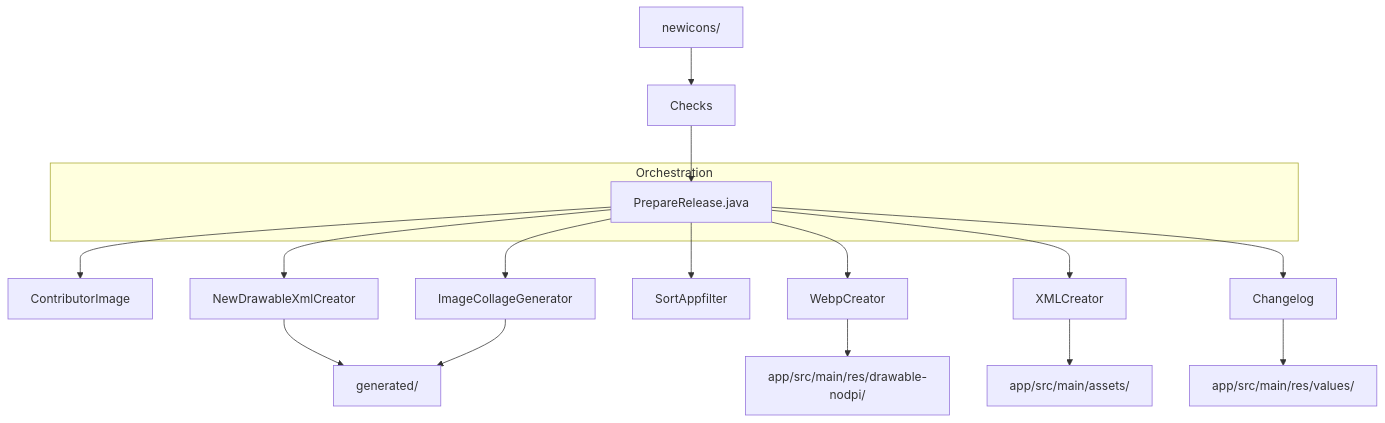
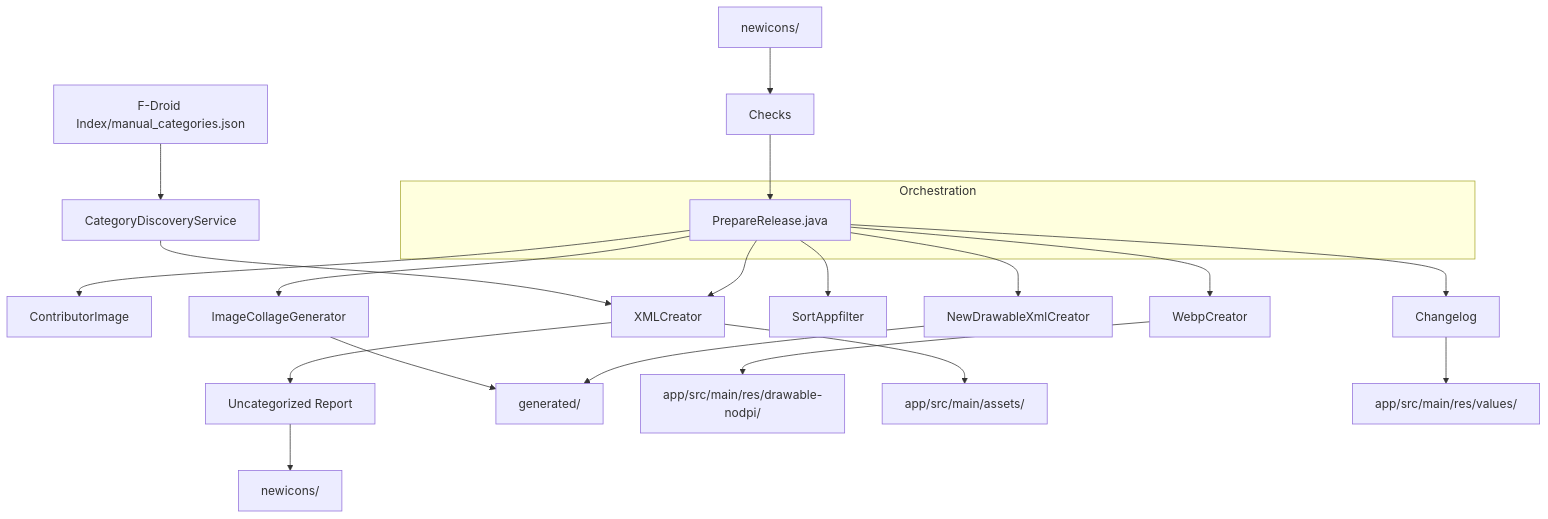
One commit to baitmooth/snow changed the diagram in docs/preparehelper_architecture.md. Above: the diagram before and after it, drawn with Mermaid. The commit also changed other lines of this file and 9 other files, not shown here.

Commit message:
Established logic to categorize packages by their categories on f-droid.org

````diff
--- a/docs/preparehelper_architecture.md
+++ b/docs/preparehelper_architecture.md
@@ -12,27 +12,31 @@
 ```mermaid
 graph TD
     %% Inputs
     Source[newicons/] --> Checks
+    Index[F-Droid Index/manual_categories.json] --> CDS[CategoryDiscoveryService]
     
     %% Orchestration
     subgraph Orchestration
         PrepareRelease[PrepareRelease.java]
     end
     
     %% Pipeline
     Checks --> PrepareRelease
     PrepareRelease --> ContributorImage[ContributorImage]
     PrepareRelease --> NewDrawableXmlCreator[NewDrawableXmlCreator]
     PrepareRelease --> WebpCreator[WebpCreator]
     PrepareRelease --> SortAppfilter[SortAppfilter]
     PrepareRelease --> XMLCreator[XMLCreator]
+    CDS --> XMLCreator
+    XMLCreator --> XMLCreatorOutput[Uncategorized Report]
     PrepareRelease --> Changelog[Changelog]
     PrepareRelease --> ImageCollageGenerator[ImageCollageGenerator]
     
     %% Outputs
     NewDrawableXmlCreator --> Generated[generated/]
     WebpCreator --> Export[app/src/main/res/drawable-nodpi/]
     XMLCreator --> Assets[app/src/main/assets/]
+    XMLCreatorOutput --> NewIcons[newicons/]
     Changelog --> Values[app/src/main/res/values/]
     ImageCollageGenerator --> Generated
 ```
````
